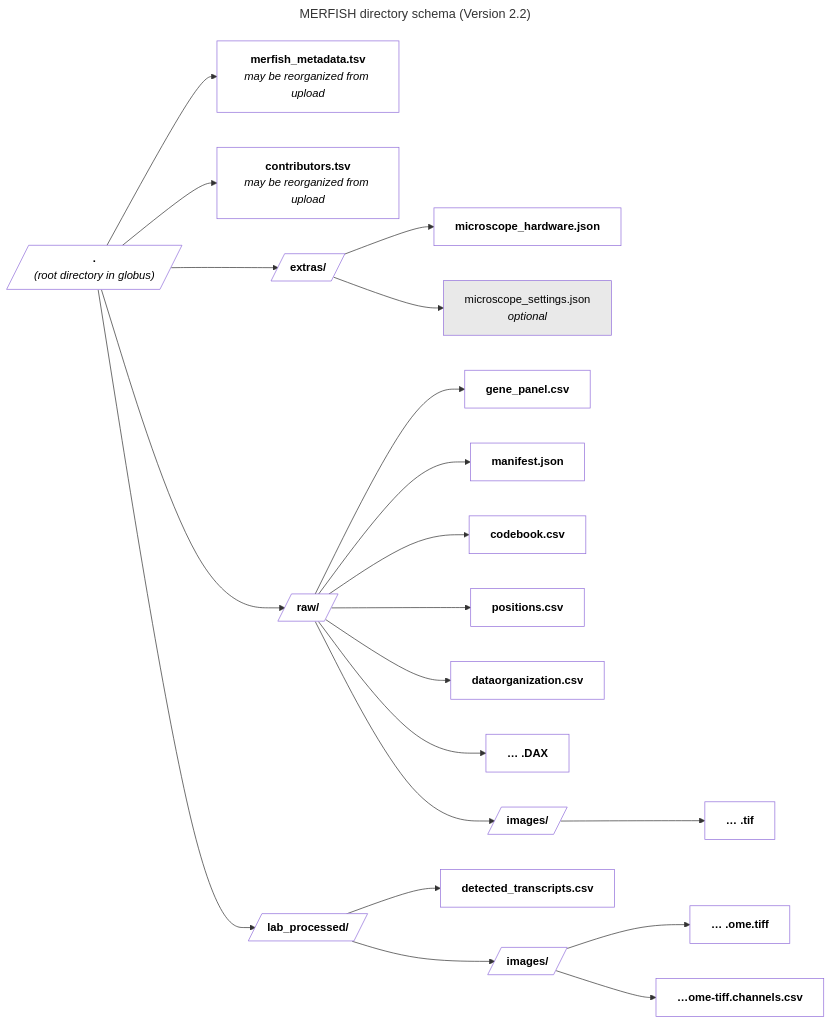
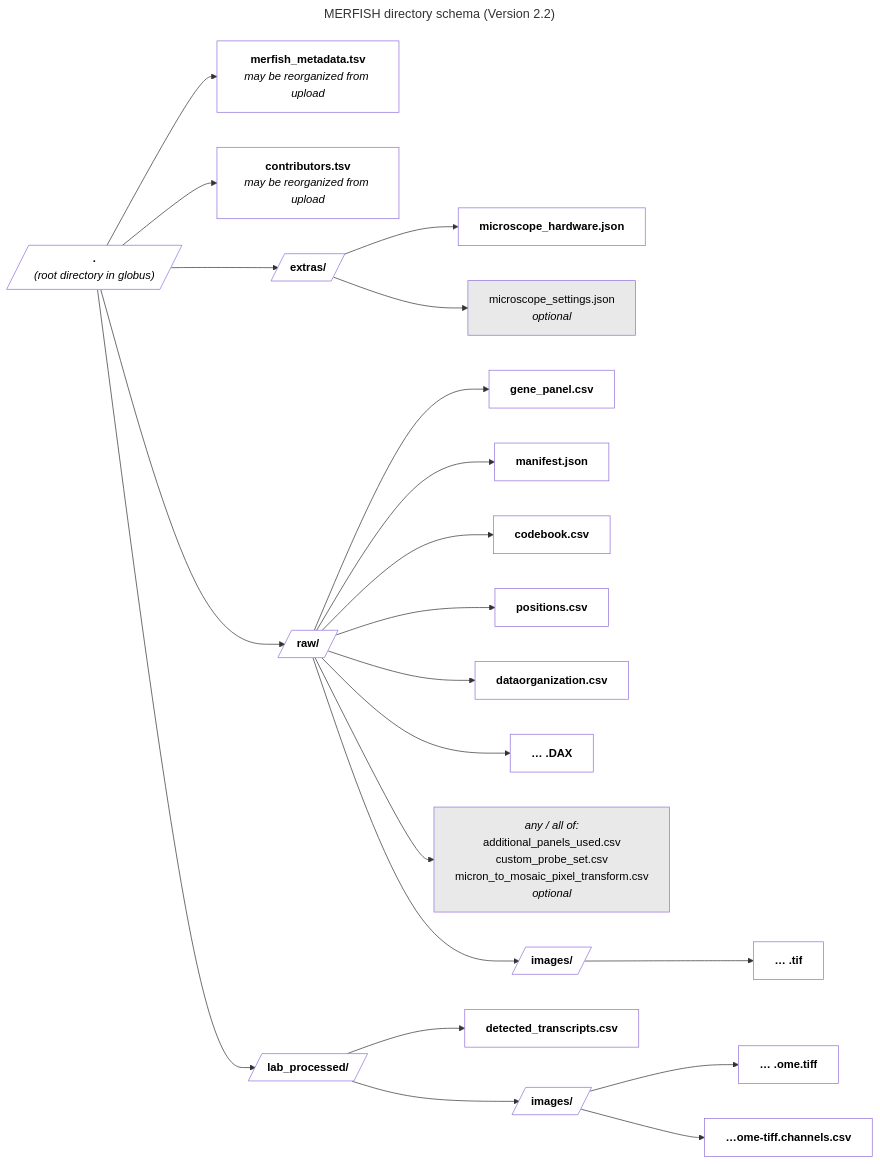
One commit to dojobo/ingest-validation-tools changed the diagram in docs/merfish/current/index.md. Above: the diagram before and after it, drawn with Mermaid.

Commit message:
add optional to merfish

````diff
--- a/docs/merfish/current/index.md
+++ b/docs/merfish/current/index.md
@@ -56,35 +56,40 @@
 ```mermaid
 ---
 title: MERFISH directory schema (Version 2.2)
 ---
 flowchart LR
     root[/"`**.**
     *(root directory in globus)*`"/] --> meta["`**merfish_metadata.tsv**
     *may be reorganized from upload*`"]
     root --> c["`**contributors.tsv**
     *may be reorganized from upload*`"]
     
     root --> ex[/"`**extras/**`"/] 
     ex --> mshw["`**microscope_hardware.json**`"]
     ex --> mss["`microscope_settings.json
     *optional*`"]:::opt
 
     root --> raw[/"`**raw/**`"/]
     raw --> gp["`**gene_panel.csv**`"]
     raw --> man["`**manifest.json**`"]
     raw --> cb["`**codebook.csv**`"]
     raw --> pos["`**positions.csv**`"]
     raw --> do["`**dataorganization.csv**`"]
     raw --> dax["`**… .DAX**`"]
+    raw --> apu["`*any / all of:*
+    additional_panels_used.csv
+    custom_probe_set.csv
+    micron_to_mosaic_pixel_transform.csv
+    *optional*`"]:::opt
     raw --> rawi[/"`**images/**`"/]
     rawi --> tiff["`**… .tif**`"]
 
     root --> lp[/"`**lab_processed/**`"/]
     lp --> dt["`**detected_transcripts.csv**`"]
     lp --> lpi[/"`**images/**`"/]
     lpi --> ometiff["`**… .ome.tiff**`"]
     lpi --> omechan["`**…ome-tiff.channels.csv**`"]
 
     classDef default fill:#FFFFFF,color:#000;
     classDef opt fill:#E9E9E9,color:#000;
 ```
````
